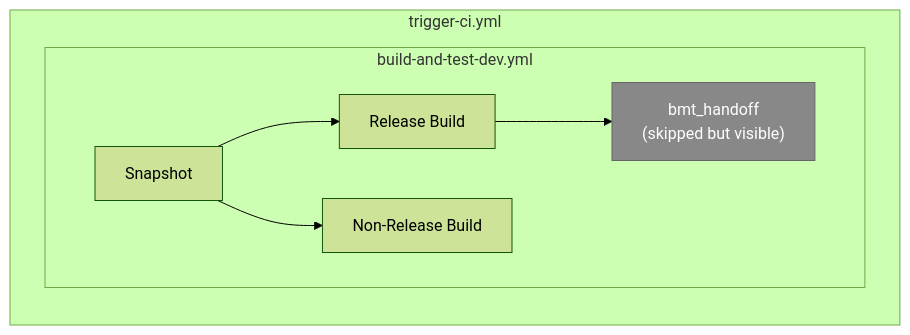
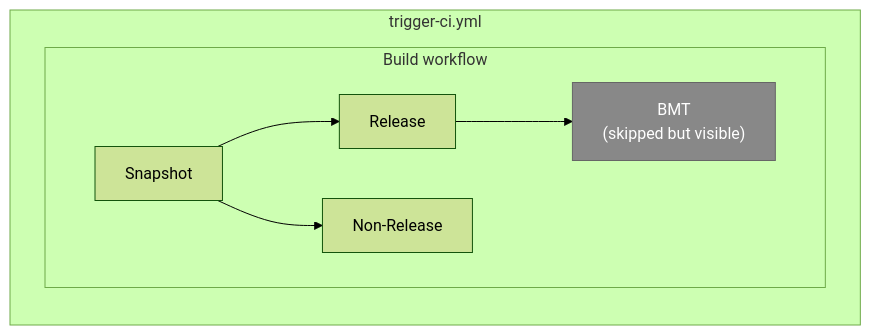
One commit to klugman-yanai/bmt-gate-sandbox changed the first of 4 diagrams in docs/plans/trigger-ci-dag-options.md. Above: the diagram before and after it, drawn with Mermaid (forest theme). The commit also changed other lines of this file, not shown here.

Commit message:
docs: update DAG options with Build and BMT names

````diff
--- a/docs/plans/trigger-ci-dag-options.md
+++ b/docs/plans/trigger-ci-dag-options.md
@@ -7,12 +7,12 @@
 ```mermaid
 flowchart LR
   subgraph trigger-ci.yml
-    subgraph build-and-test-dev.yml
-      snap[Snapshot] --> rel[Release Build]
-      snap --> nonrel[Non-Release Build]
-      rel --> handoff["bmt_handoff\n(skipped but visible)"]
+    subgraph Build [Build workflow]
+      snap[Snapshot] --> rel[Release]
+      snap --> nonrel[Non-Release]
+      rel --> bmt_node["BMT\n(skipped but visible)"]
     end
   end
 
-  style handoff fill:#888,stroke:#666,color:#fff
+  style bmt_node fill:#888,stroke:#666,color:#fff
 ```
````
